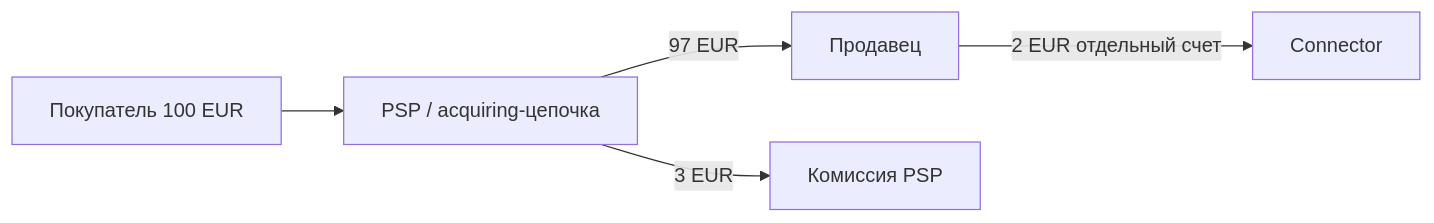
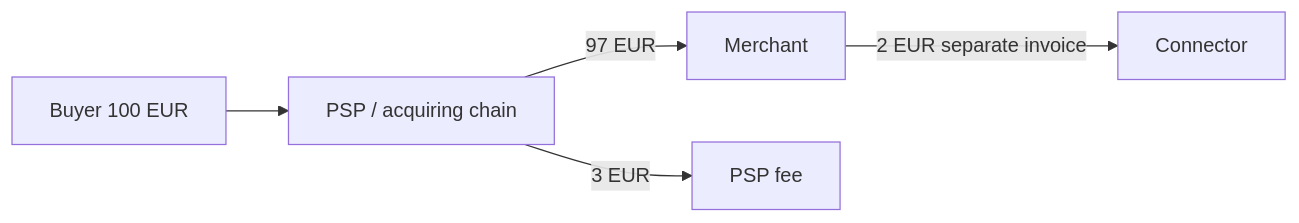
Before and after one commit to nuanu-ai/fintech-textbook-2026: the second of 11 diagrams in Textbook/01-Market-rules-and-licensing/README.md, drawn with Mermaid. The commit also changed other lines of this file and 78 other files, not shown here.

````diff
--- a/Textbook/01-Market-rules-and-licensing/README.md
+++ b/Textbook/01-Market-rules-and-licensing/README.md
@@ -103,7 +103,7 @@
 ```mermaid
 flowchart LR
- B[Покупатель 100 EUR] --> P[PSP / acquiring-цепочка]
- P -->|97 EUR| M[Продавец]
- P -->|3 EUR| F[Комиссия PSP]
- M -->|2 EUR отдельный счет| S[Connector]
+ B[Buyer 100 EUR] --> P[PSP / acquiring chain]
+ P -->|97 EUR| M[Merchant]
+ P -->|3 EUR| F[PSP fee]
+ M -->|2 EUR separate invoice| S[Connector]
 ```
````
